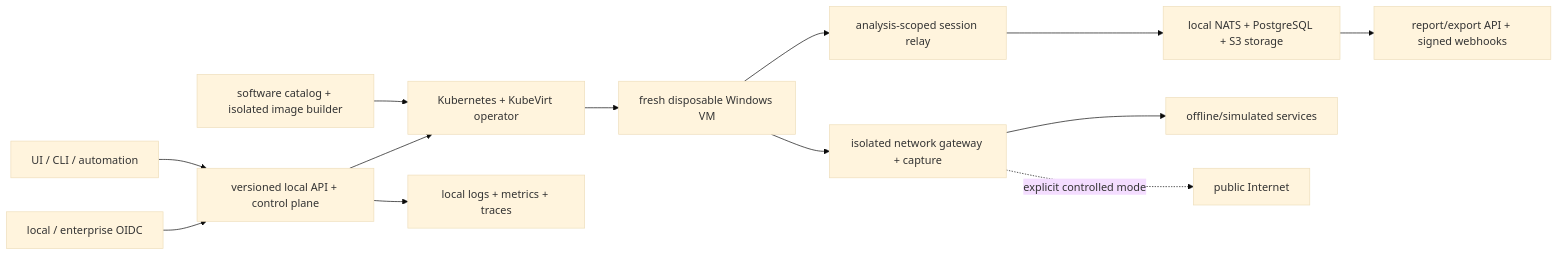
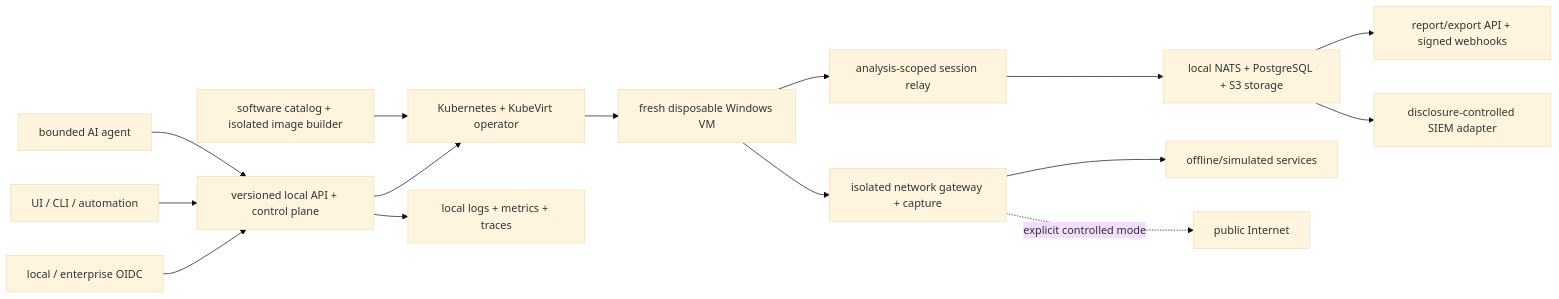
One commit to diaryfolio/MalZone changed the diagram in README.md. Above: the diagram before and after it, drawn with Mermaid (base theme). The commit also changed other lines of this file and 44 other files, not shown here.

````diff
--- a/README.md
+++ b/README.md
@@ -29,15 +30,17 @@
 ```mermaid
 flowchart LR
     SSO["local / enterprise OIDC"] --> Control["versioned local API + control plane"]
     Analyst["UI / CLI / automation"] --> Control
+    Agent["bounded AI agent"] --> Control
     Control --> KubeVirt["Kubernetes + KubeVirt operator"]
     Catalog["software catalog + isolated image builder"] --> KubeVirt
     KubeVirt --> VM["fresh disposable Windows VM"]
     VM --> Relay["analysis-scoped session relay"]
     VM --> Gateway["isolated network gateway + capture"]
     Relay --> Evidence["local NATS + PostgreSQL + S3 storage"]
     Gateway --> Sim["offline/simulated services"]
     Gateway -. "explicit controlled mode" .-> Internet["public Internet"]
     Evidence --> Export["report/export API + signed webhooks"]
+    Evidence --> SIEM["disclosure-controlled SIEM adapter"]
     Control --> Observe["local logs + metrics + traces"]
 ```
````
